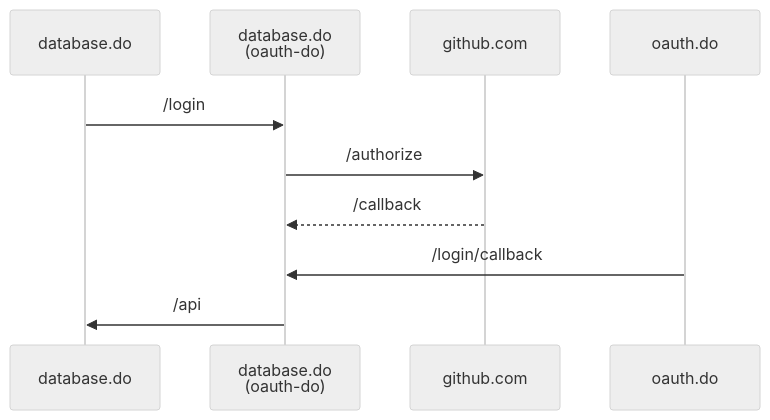
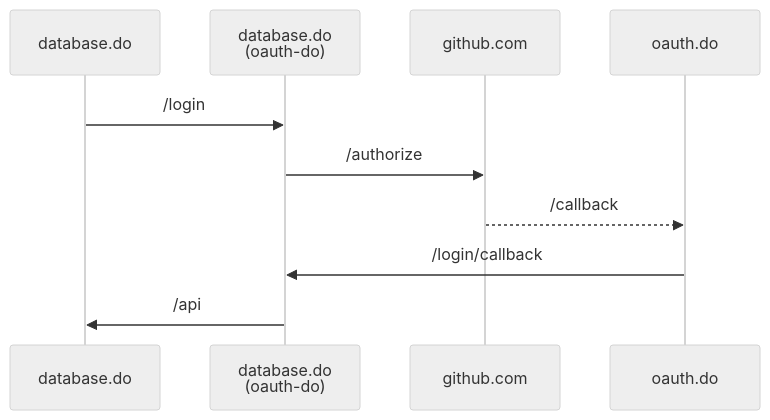
The diagram in README.md (drivly/oauth.do), drawn with Mermaid (neutral theme) before and after one commit.

````diff
--- a/README.md
+++ b/README.md
@@ -24,10 +24,10 @@
 ```mermaid
 sequenceDiagram
   participant D as database.do
   participant O as database.do<br/>(oauth-do)
   D->>O: /login
   O->>github.com: /authorize
-  github.com-->>O: /callback
+  github.com-->>oauth.do: /callback
   oauth.do->>O: /login/callback
   O->>D: /api
 ```
````
